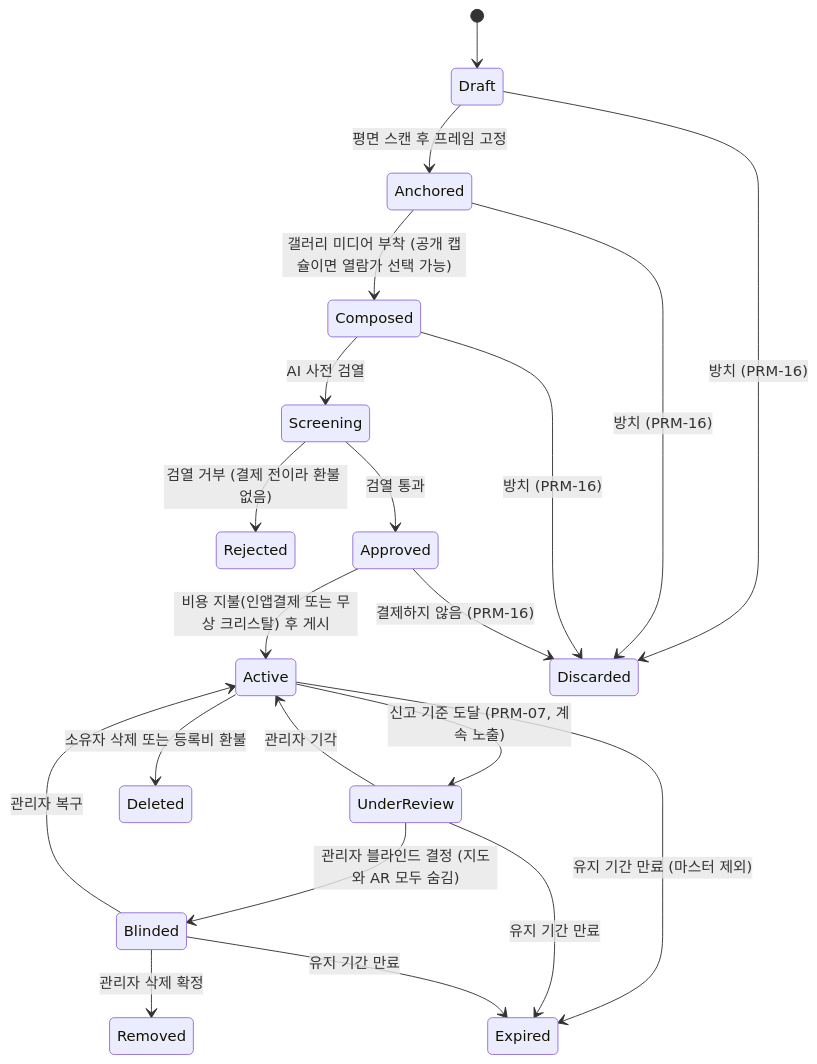
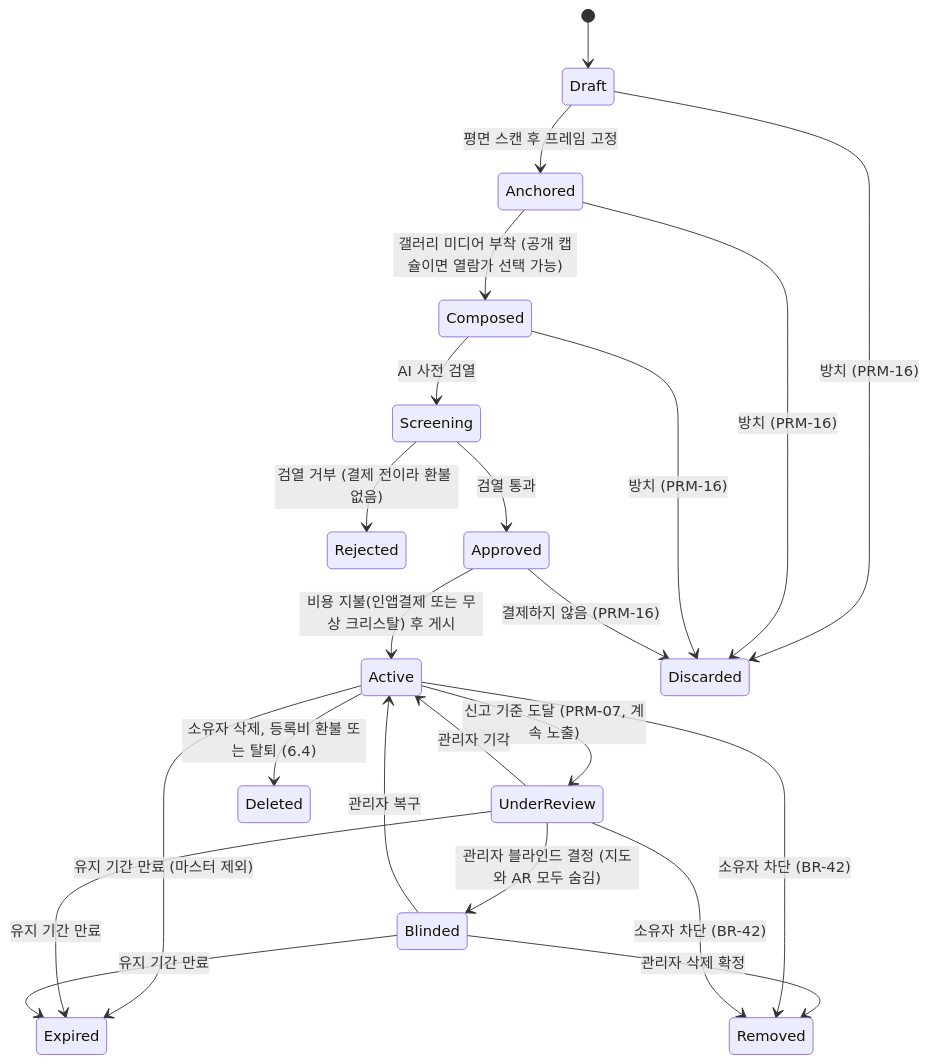
The second of 2 diagrams in docs/1-domain-definition.md (hyunboee/drop_app), drawn with Mermaid before and after one commit. The commit also changed other lines of this file and 7 other files, not shown here.

````diff
--- a/docs/1-domain-definition.md
+++ b/docs/1-domain-definition.md
@@ -206,23 +208,25 @@
 ```mermaid
 stateDiagram-v2
   [*] --> Draft
   Draft --> Anchored: 평면 스캔 후 프레임 고정
   Anchored --> Composed: 갤러리 미디어 부착 (공개 캡슐이면 열람가 선택 가능)
   Composed --> Screening: AI 사전 검열
   Screening --> Rejected: 검열 거부 (결제 전이라 환불 없음)
   Screening --> Approved: 검열 통과
   Approved --> Active: 비용 지불(인앱결제 또는 무상 크리스탈) 후 게시
   Draft --> Discarded: 방치 (PRM-16)
   Anchored --> Discarded: 방치 (PRM-16)
   Composed --> Discarded: 방치 (PRM-16)
   Approved --> Discarded: 결제하지 않음 (PRM-16)
   Active --> UnderReview: 신고 기준 도달 (PRM-07, 계속 노출)
   UnderReview --> Active: 관리자 기각
   UnderReview --> Blinded: 관리자 블라인드 결정 (지도와 AR 모두 숨김)
   Blinded --> Active: 관리자 복구
   Blinded --> Removed: 관리자 삭제 확정
   Active --> Expired: 유지 기간 만료 (마스터 제외)
   UnderReview --> Expired: 유지 기간 만료
   Blinded --> Expired: 유지 기간 만료
-  Active --> Deleted: 소유자 삭제 또는 등록비 환불
+  Active --> Deleted: 소유자 삭제, 등록비 환불 또는 탈퇴 (6.4)
+  Active --> Removed: 소유자 차단 (BR-42)
+  UnderReview --> Removed: 소유자 차단 (BR-42)
 ```
````
